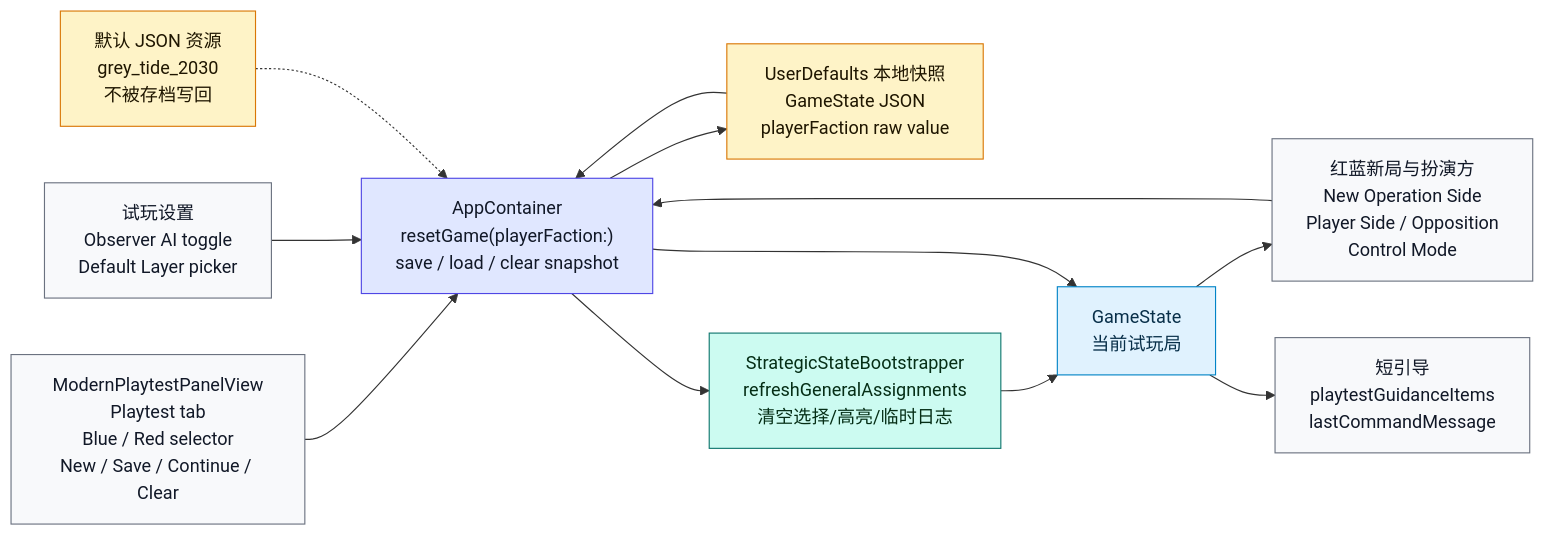
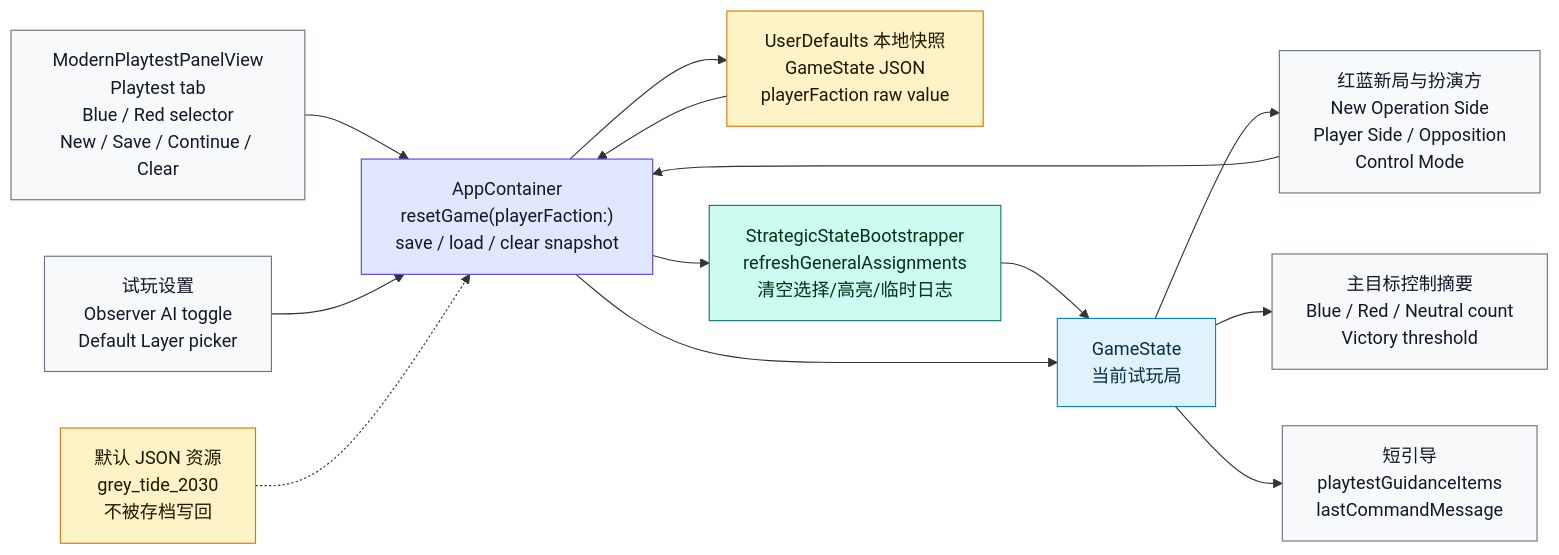
One commit to Altman-sam114/127 changed diagram 11 of 20 in md/flow/flowchart.md. Above: the diagram before and after it, drawn with Mermaid. The commit also changed other lines of this file and 9 other files, not shown here.

````diff
--- a/md/flow/flowchart.md
+++ b/md/flow/flowchart.md
@@ -321,28 +321,30 @@
 ```mermaid
 flowchart LR
     UI["ModernPlaytestPanelView<br/>Playtest tab<br/>Blue / Red selector<br/>New / Save / Continue / Clear"]:::display
     SETTINGS["试玩设置<br/>Observer AI toggle<br/>Default Layer picker"]:::display
     ROLE["红蓝新局与扮演方<br/>New Operation Side<br/>Player Side / Opposition<br/>Control Mode"]:::display
+    OBJECTIVE["主目标控制摘要<br/>Blue / Red / Neutral count<br/>Victory threshold"]:::display
     GUIDE["短引导<br/>playtestGuidanceItems<br/>lastCommandMessage"]:::display
     APP["AppContainer<br/>resetGame(playerFaction:)<br/>save / load / clear snapshot"]:::app
     SNAP["UserDefaults 本地快照<br/>GameState JSON<br/>playerFaction raw value"]:::data
     BOOT["StrategicStateBootstrapper<br/>refreshGeneralAssignments<br/>清空选择/高亮/临时日志"]:::rules
     STATE["GameState<br/>当前试玩局"]:::state
     RES["默认 JSON 资源<br/>grey_tide_2030<br/>不被存档写回"]:::data
 
     UI --> APP
     SETTINGS --> APP
     ROLE --> APP
     STATE --> ROLE
+    STATE --> OBJECTIVE
     STATE --> GUIDE
     APP --> SNAP
     SNAP --> APP --> BOOT --> STATE
     APP --> STATE
     RES -.-> APP
 
     classDef display fill:#f8f9fb,stroke:#6b7280,color:#111827
     classDef app fill:#e0e7ff,stroke:#4f46e5,color:#111827
     classDef data fill:#fef3c7,stroke:#d97706,color:#1f1600
     classDef rules fill:#ccfbf1,stroke:#0f766e,color:#052e16
     classDef state fill:#e0f2fe,stroke:#0284c7,color:#082f49
 ```
````
